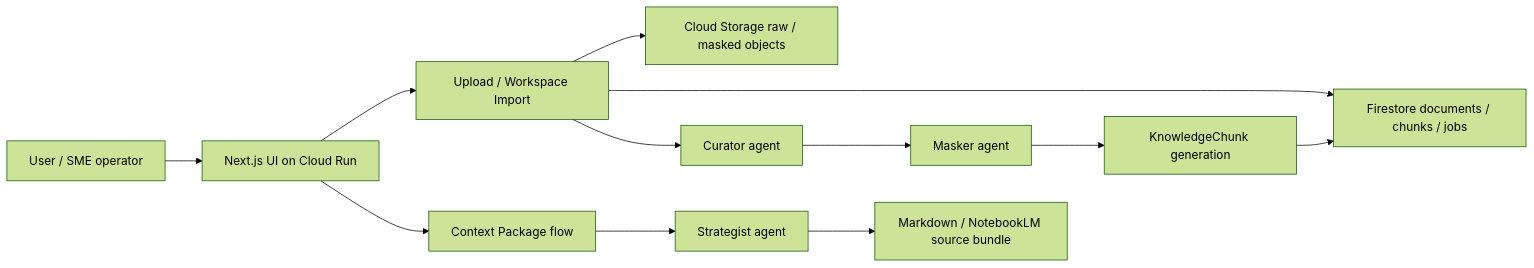
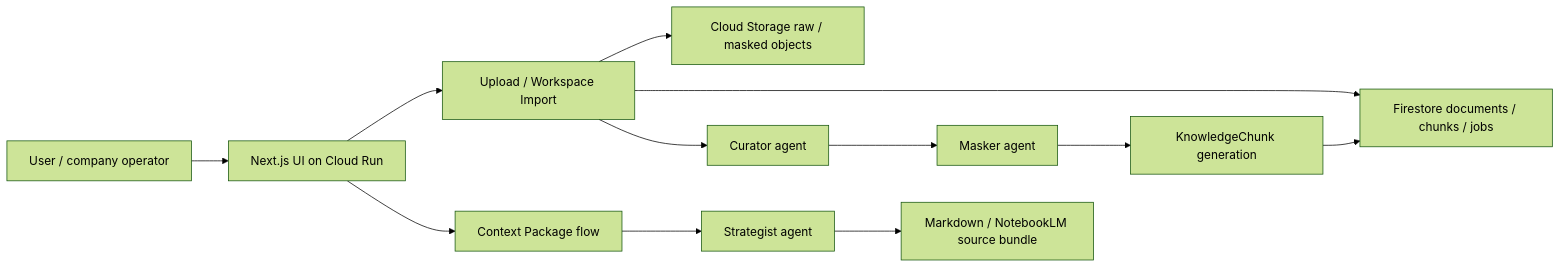
Before and after one commit to matz-d/ai-ready-knowledge-hub: the diagram in README.md, drawn with Mermaid (forest theme). The commit also changed other lines of this file and 5 other files, not shown here.

````diff
--- a/README.md
+++ b/README.md
@@ -119,14 +120,14 @@
 ```mermaid
 flowchart LR
-  U["User / SME operator"] --> UI["Next.js UI on Cloud Run"]
+  U["User / company operator"] --> UI["Next.js UI on Cloud Run"]
   UI --> UP["Upload / Workspace Import"]
   UP --> GCS["Cloud Storage raw / masked objects"]
   UP --> FS["Firestore documents / chunks / jobs"]
   UP --> C["Curator agent"]
   C --> M["Masker agent"]
   M --> CH["KnowledgeChunk generation"]
   CH --> FS
   UI --> CP["Context Package flow"]
   CP --> S["Strategist agent"]
   S --> OUT["Markdown / NotebookLM source bundle"]
 ```
````
